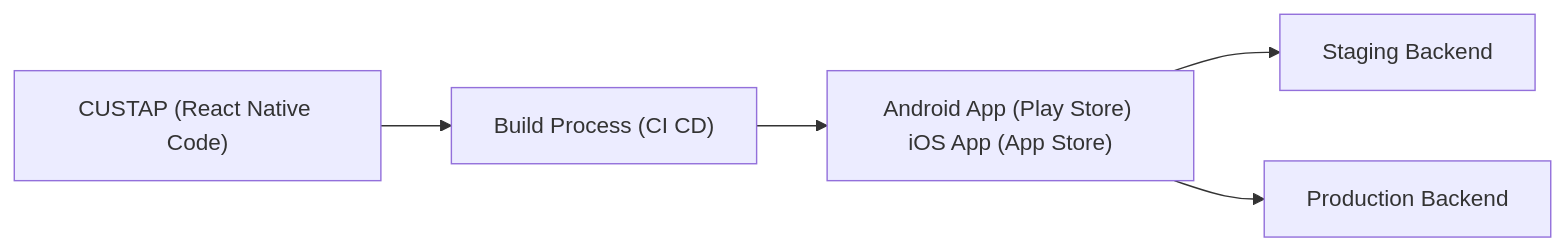
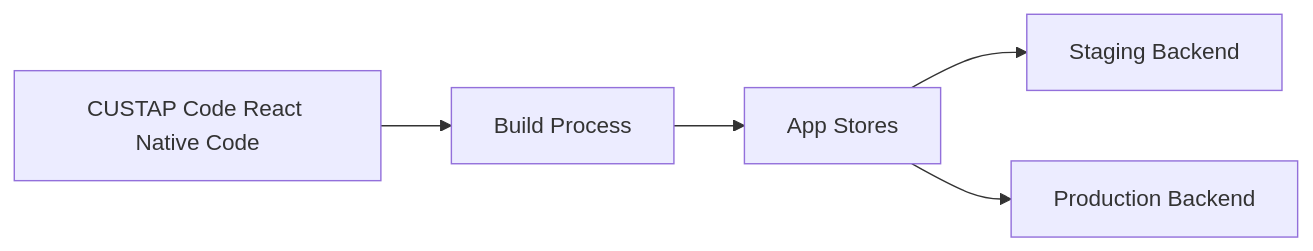
One commit to PraveenGPTrueReach/solarium-docs changed the sixth of 6 diagrams in L3-LLD-CUSTAP.md. Above: the diagram before and after it, drawn with Mermaid. The commit also changed other lines of this file, not shown here.

Commit message:
md diagram fix in another file

````diff
--- a/L3-LLD-CUSTAP.md
+++ b/L3-LLD-CUSTAP.md
@@ -353,13 +353,7 @@
 ```mermaid
-graph LR
-    A["CUSTAP (React Native Code)"]
-    B["Build Process (CI CD)"]
-    C["Android App (Play Store) iOS App (App Store)"]
-    D["Staging Backend"]
-    E["Production Backend"]
-
-    A --> B
-    B --> C
-    C --> D
-    C --> E
+flowchart LR
+    A["CUSTAP Code React Native Code"] --> B["Build Process"]
+    B --> C["App Stores"]
+    C --> D["Staging Backend"]
+    C --> E["Production Backend"]
 ```
````
